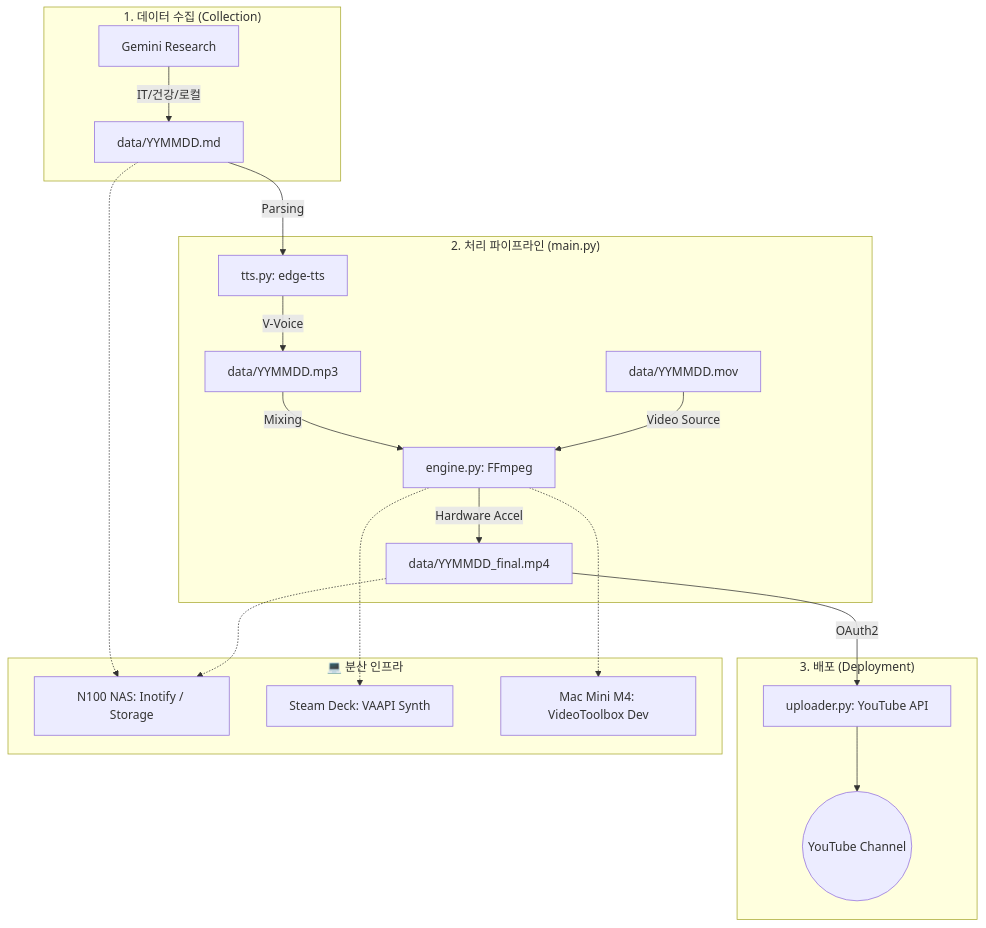
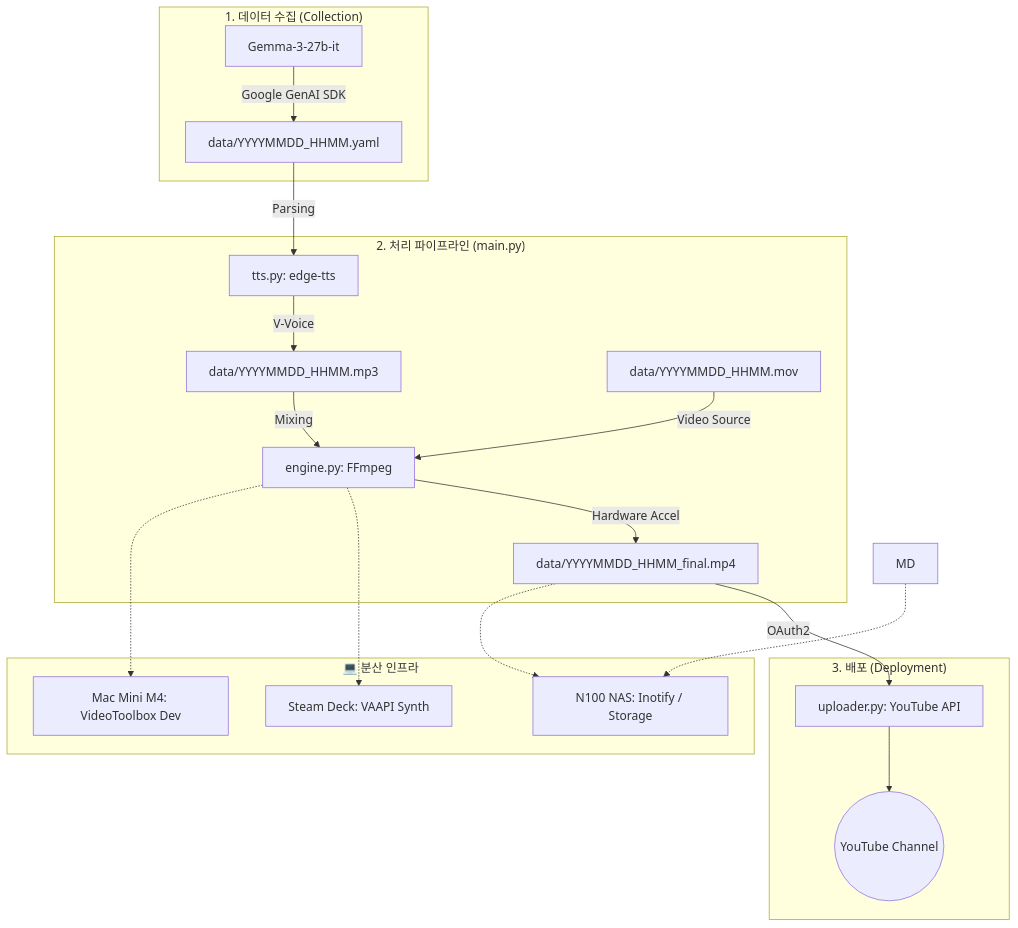
One commit to deuxksy/today-vn-news changed the first of 2 diagrams in README.md. Above: the diagram before and after it, drawn with Mermaid. The commit also changed other lines of this file and 8 other files, not shown here.

````diff
--- a/README.md
+++ b/README.md
@@ -19,32 +19,32 @@
 ```mermaid
 graph TD
     subgraph "1. 데이터 수집 (Collection)"
-        G[Gemini Research] -->|IT/건강/로컬| MD[data/YYMMDD.md]
+        G[Gemma-3-27b-it] -->|Google GenAI SDK| YAML[data/YYYYMMDD_HHMM.yaml]
     end
 
     subgraph "2. 처리 파이프라인 (main.py)"
-        MD -->|Parsing| TTS[tts.py: edge-tts]
-        TTS -->|V-Voice| MP3[data/YYMMDD.mp3]
+        YAML -->|Parsing| TTS[tts.py: edge-tts]
+        TTS -->|V-Voice| MP3[data/YYYYMMDD_HHMM.mp3]
         
         MP3 -->|Mixing| Engine[engine.py: FFmpeg]
-        MOV[data/YYMMDD.mov] -->|Video Source| Engine
+        MOV[data/YYYYMMDD_HHMM.mov] -->|Video Source| Engine
         
-        Engine -->|Hardware Accel| Final[data/YYMMDD_final.mp4]
+        Engine -->|Hardware Accel| Final[data/YYYYMMDD_HHMM_final.mp4]
     end
 
     subgraph "3. 배포 (Deployment)"
         Final -->|OAuth2| UP[uploader.py: YouTube API]
         UP --> YT((YouTube Channel))
     end
 
     subgraph "💻 분산 인프라"
         NAS[N100 NAS: Inotify / Storage]
         SD[Steam Deck: VAAPI Synth]
         MAC[Mac Mini M4: VideoToolbox Dev]
     end
 
     MD -.-> NAS
     Final -.-> NAS
     Engine -.-> SD
     Engine -.-> MAC
 ```
````
